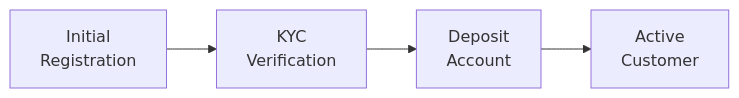
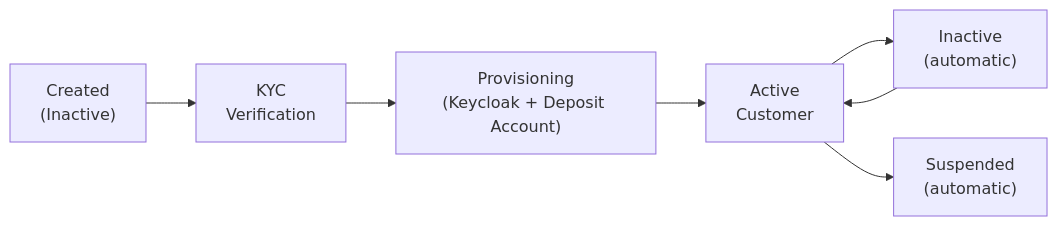
Before and after one commit to GaloyMoney/lana-bank: the diagram in docs-site/docs/technical-documentation/customers/index.md, drawn with Mermaid. The commit also changed other lines of this file and 19 other files, not shown here.

````diff
--- a/docs-site/docs/technical-documentation/customers/index.md
+++ b/docs-site/docs/technical-documentation/customers/index.md
@@ -21,4 +31,9 @@
 ```mermaid
 graph LR
-    REG["Initial<br/>Registration"] --> KYC["KYC<br/>Verification"] --> DEP["Deposit<br/>Account"] --> ACT["Active<br/>Customer"]
+    CREATE["Created<br/>(Inactive)"] --> KYC["KYC<br/>Verification"]
+    KYC --> PROV["Provisioning<br/>(Keycloak + Deposit Account)"]
+    PROV --> ACTIVE["Active<br/>Customer"]
+    ACTIVE --> INACTIVE["Inactive<br/>(automatic)"]
+    INACTIVE --> ACTIVE
+    ACTIVE --> SUSPENDED["Suspended<br/>(automatic)"]
 ```
````
